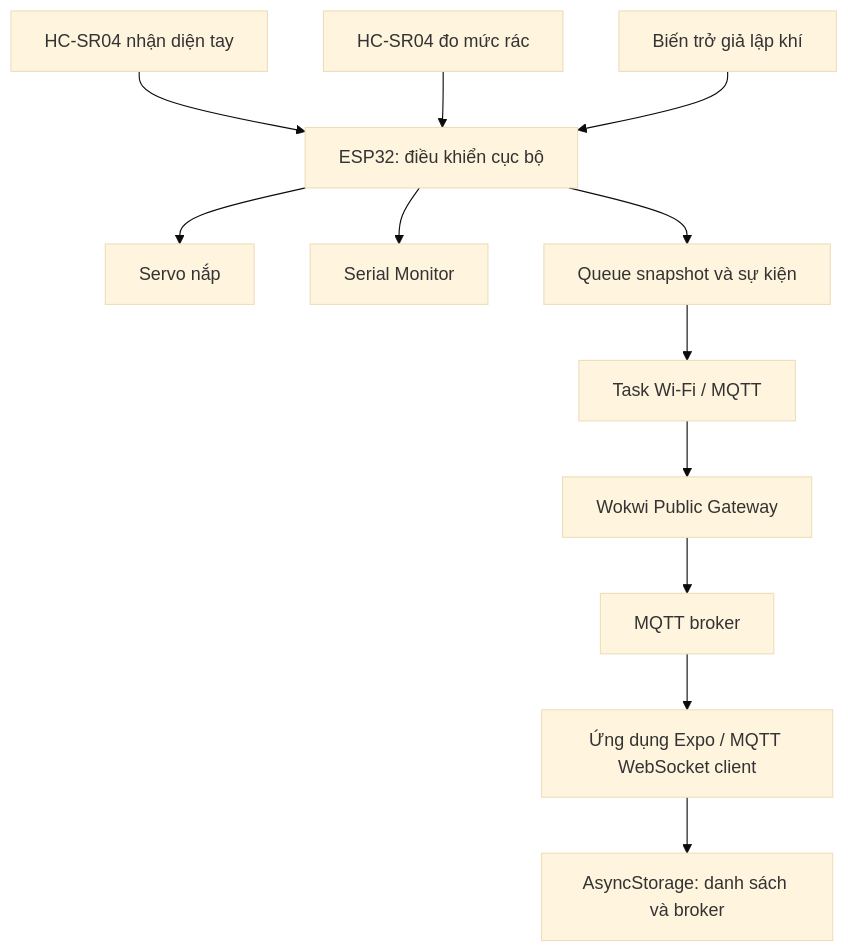
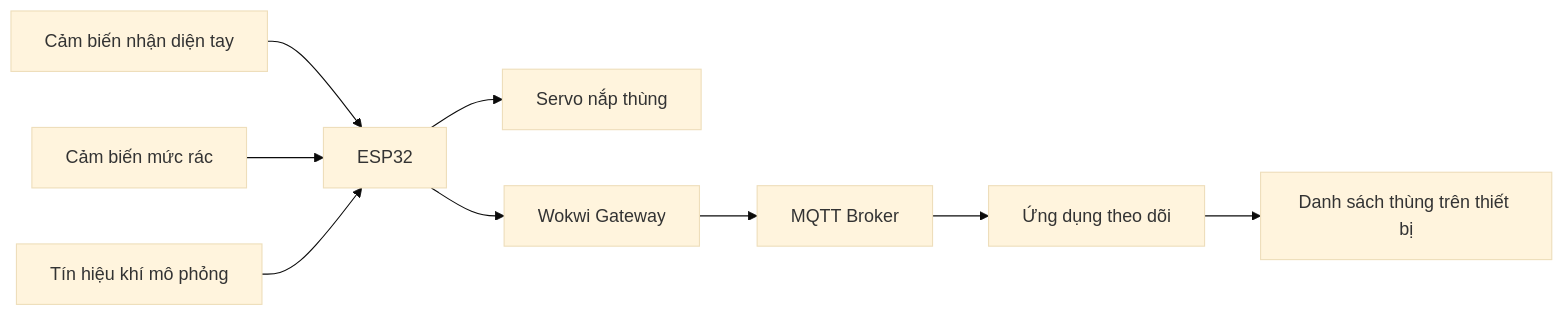
The diagram in README.md (nck0911/SmartBin), drawn with Mermaid (base theme) before and after one commit. The commit also changed other lines of this file, not shown here.

Commit message:
docs: simplify public README project introduction

````diff
--- a/README.md
+++ b/README.md
@@ -42,14 +77,11 @@
 ```mermaid
-flowchart TD
-    H[HC-SR04 nhận diện tay] --> C[ESP32: điều khiển cục bộ]
-    T[HC-SR04 đo mức rác] --> C
-    G[Biến trở giả lập khí] --> C
-    C --> S[Servo nắp]
-    C --> L[Serial Monitor]
-    C --> Q[Queue snapshot và sự kiện]
-    Q --> N[Task Wi-Fi / MQTT]
-    N --> W[Wokwi Public Gateway]
-    W --> B[MQTT broker]
-    B --> A[Ứng dụng Expo / MQTT WebSocket client]
-    A --> D[AsyncStorage: danh sách và broker]
+flowchart LR
+    H[Cảm biến nhận diện tay] --> E[ESP32]
+    T[Cảm biến mức rác] --> E
+    G[Tín hiệu khí mô phỏng] --> E
+    E --> S[Servo nắp thùng]
+    E --> W[Wokwi Gateway]
+    W --> B[MQTT Broker]
+    B --> A[Ứng dụng theo dõi]
+    A --> D[Danh sách thùng trên thiết bị]
 ```
````
